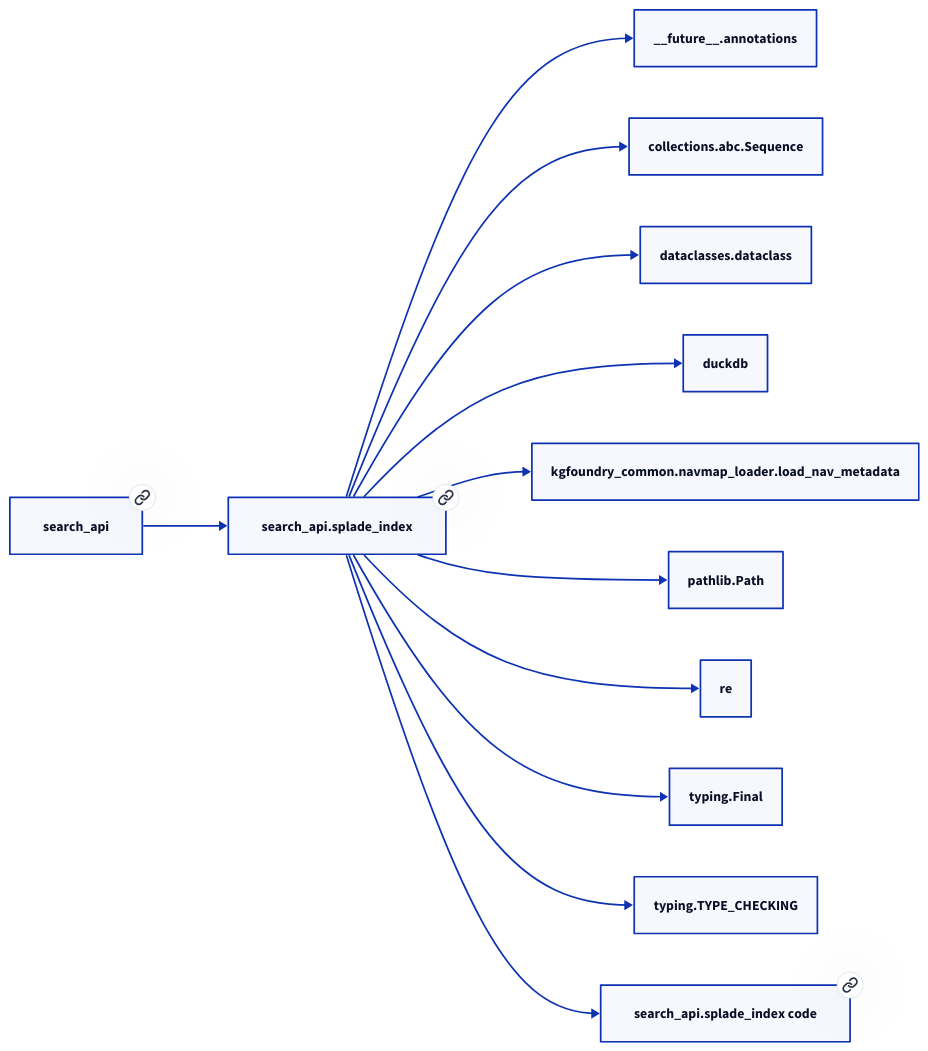
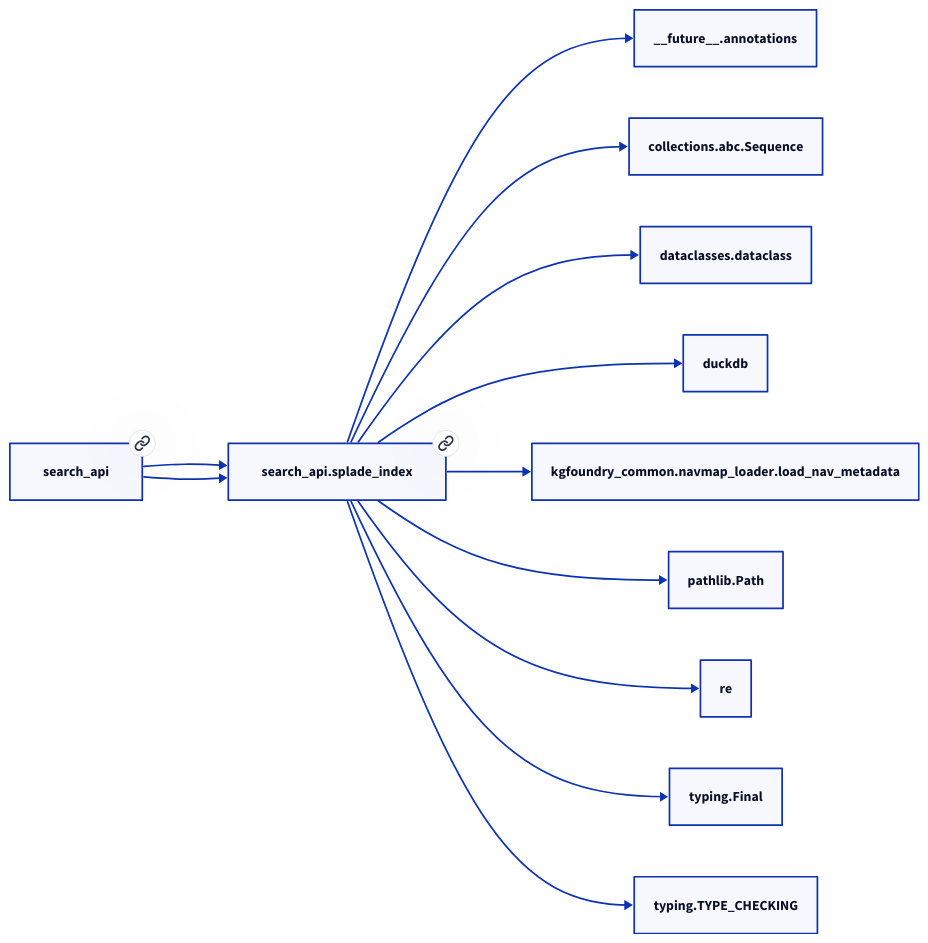
One commit to paul-heyse/kgforge changed the second of 2 diagrams in docs/modules/search_api/splade_index.md. Above: the diagram before and after it, drawn with D2. The commit also changed other lines of this file and 208 other files, not shown here.

````diff
--- a/docs/modules/search_api/splade_index.md
+++ b/docs/modules/search_api/splade_index.md
@@ -47,26 +51,25 @@
 ```d2
 direction: right
-"search_api.splade_index": "search_api.splade_index" { link: "./search_api/splade_index.md" }
+"search_api.splade_index": "search_api.splade_index" { link: "https://github.com/paul-heyse/kgfoundry/blob/main/src/search_api/splade_index.py" }
 "__future__.annotations": "__future__.annotations"
 "search_api.splade_index" -> "__future__.annotations"
 "collections.abc.Sequence": "collections.abc.Sequence"
 "search_api.splade_index" -> "collections.abc.Sequence"
 "dataclasses.dataclass": "dataclasses.dataclass"
 "search_api.splade_index" -> "dataclasses.dataclass"
 "duckdb": "duckdb"
 "search_api.splade_index" -> "duckdb"
 "kgfoundry_common.navmap_loader.load_nav_metadata": "kgfoundry_common.navmap_loader.load_nav_metadata"
 "search_api.splade_index" -> "kgfoundry_common.navmap_loader.load_nav_metadata"
 "pathlib.Path": "pathlib.Path"
 "search_api.splade_index" -> "pathlib.Path"
 "re": "re"
 "search_api.splade_index" -> "re"
 "typing.Final": "typing.Final"
 "search_api.splade_index" -> "typing.Final"
 "typing.TYPE_CHECKING": "typing.TYPE_CHECKING"
 "search_api.splade_index" -> "typing.TYPE_CHECKING"
-"search_api": "search_api" { link: "./search_api.md" }
+"search_api": "search_api" { link: "https://github.com/paul-heyse/kgfoundry/blob/main/src/search_api/__init__.py" }
 "search_api" -> "search_api.splade_index"
-"search_api.splade_index_code": "search_api.splade_index code" { link: "https://github.com/kgfoundry/kgfoundry/blob/main/src/search_api/splade_index.py" }
-"search_api.splade_index" -> "search_api.splade_index_code" { style: dashed }
+"search_api" -> "search_api.splade_index" { style: dashed }
 ```
````
